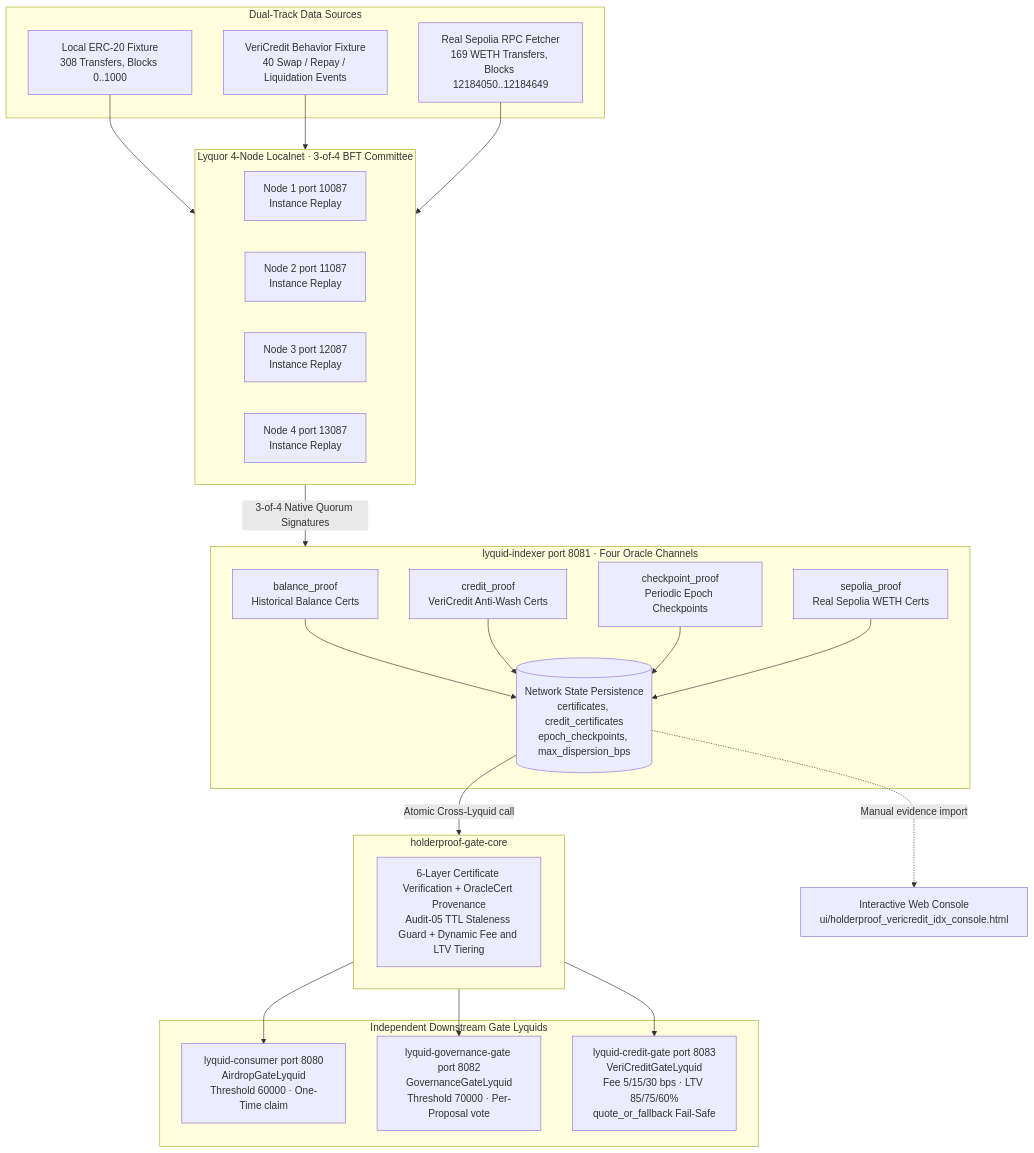
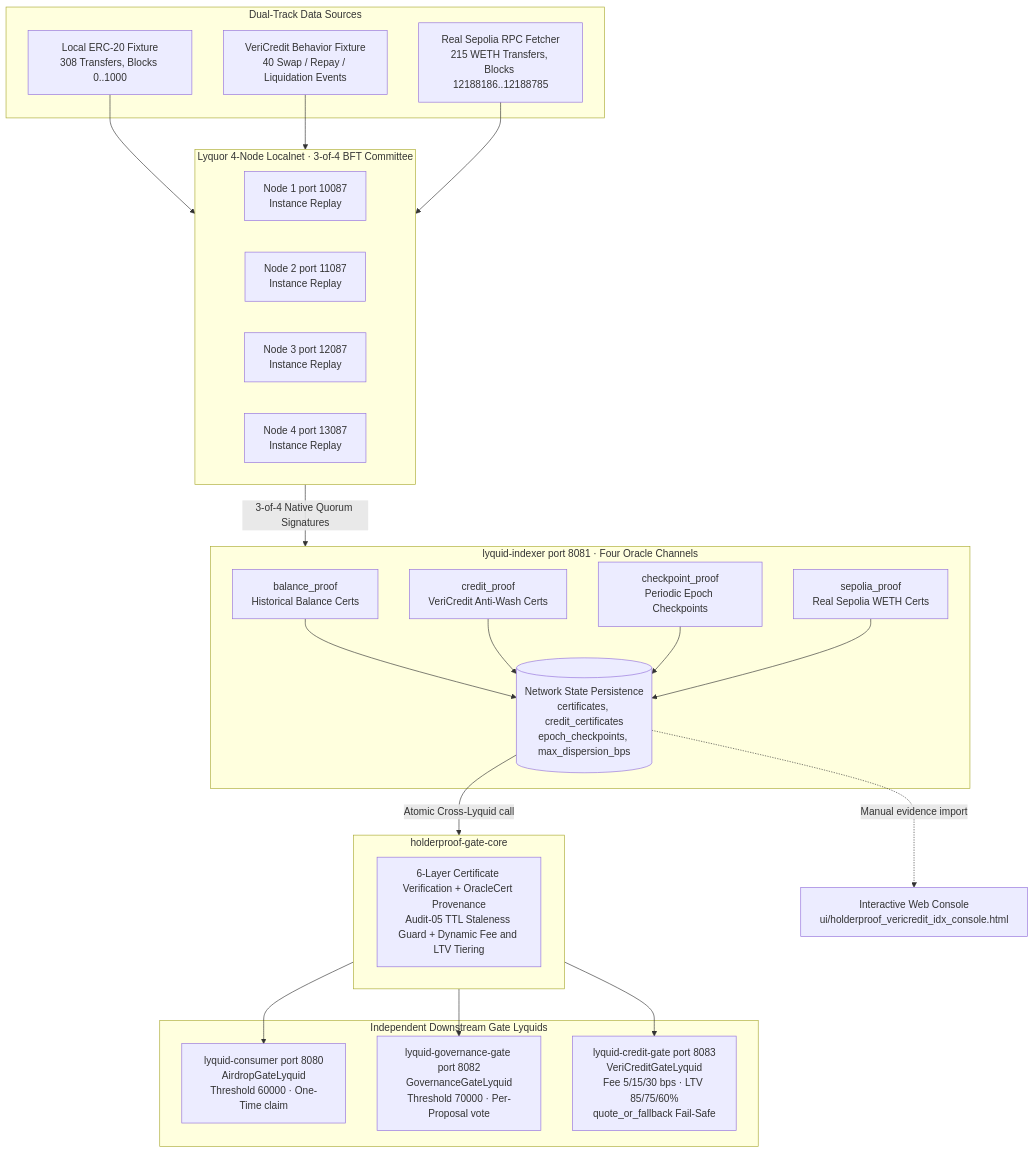
The first of 3 diagrams in README.md (jerryluo0517-cyber/holderproof), drawn with Mermaid before and after one commit. The commit also changed other lines of this file and 4 other files, not shown here.

````diff
--- a/README.md
+++ b/README.md
@@ -17,50 +17,50 @@
 ```mermaid
 flowchart TB
     subgraph DataSources["Dual-Track Data Sources"]
         DS1["Local ERC-20 Fixture<br/>308 Transfers, Blocks 0..1000"]
         DS2["VeriCredit Behavior Fixture<br/>40 Swap / Repay / Liquidation Events"]
-        DS3["Real Sepolia RPC Fetcher<br/>169 WETH Transfers, Blocks 12184050..12184649"]
+        DS3["Real Sepolia RPC Fetcher<br/>215 WETH Transfers, Blocks 12188186..12188785"]
     end
 
     subgraph Committee["Lyquor 4-Node Localnet · 3-of-4 BFT Committee"]
         direction LR
         N1["Node 1 port 10087<br/>Instance Replay"]
         N2["Node 2 port 11087<br/>Instance Replay"]
         N3["Node 3 port 12087<br/>Instance Replay"]
         N4["Node 4 port 13087<br/>Instance Replay"]
     end
 
     subgraph Indexer["lyquid-indexer port 8081 · Four Oracle Channels"]
         O1["balance_proof<br/>Historical Balance Certs"]
         O2["credit_proof<br/>VeriCredit Anti-Wash Certs"]
         O3["checkpoint_proof<br/>Periodic Epoch Checkpoints"]
         O4["sepolia_proof<br/>Real Sepolia WETH Certs"]
         NS[("Network State Persistence<br/>certificates, credit_certificates<br/>epoch_checkpoints, max_dispersion_bps")]
         O1 --> NS
         O2 --> NS
         O3 --> NS
         O4 --> NS
     end
 
     subgraph Core["holderproof-gate-core"]
         V1["6-Layer Certificate Verification + OracleCert Provenance<br/>Audit-05 TTL Staleness Guard + Dynamic Fee and LTV Tiering"]
     end
 
     subgraph Consumers["Independent Downstream Gate Lyquids"]
         C1["lyquid-consumer port 8080<br/>AirdropGateLyquid<br/>Threshold 60000 · One-Time claim"]
         C2["lyquid-governance-gate port 8082<br/>GovernanceGateLyquid<br/>Threshold 70000 · Per-Proposal vote"]
         C3["lyquid-credit-gate port 8083<br/>VeriCreditGateLyquid<br/>Fee 5/15/30 bps · LTV 85/75/60%<br/>quote_or_fallback Fail-Safe"]
     end
 
     UI["Interactive Web Console<br/>ui/holderproof_vericredit_idx_console.html"]
 
     DS1 --> Committee
     DS2 --> Committee
     DS3 --> Committee
     Committee -->|"3-of-4 Native Quorum Signatures"| Indexer
     NS -->|"Atomic Cross-Lyquid call"| Core
     Core --> C1
     Core --> C2
     Core --> C3
     NS -.->|"Manual evidence import"| UI
 ```
````
